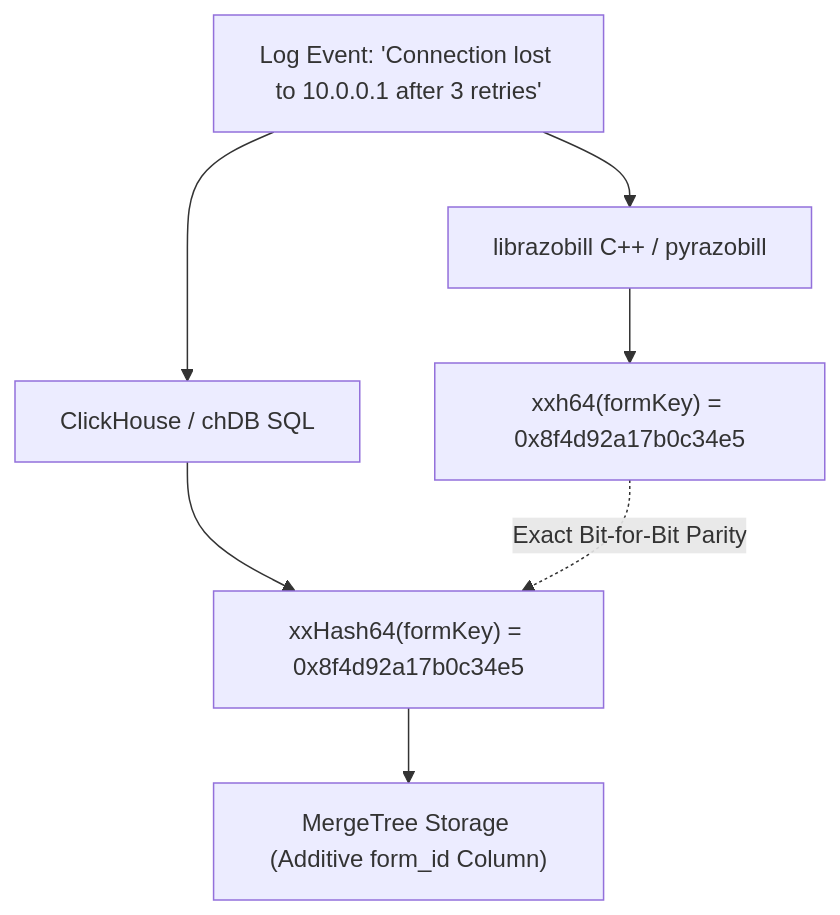
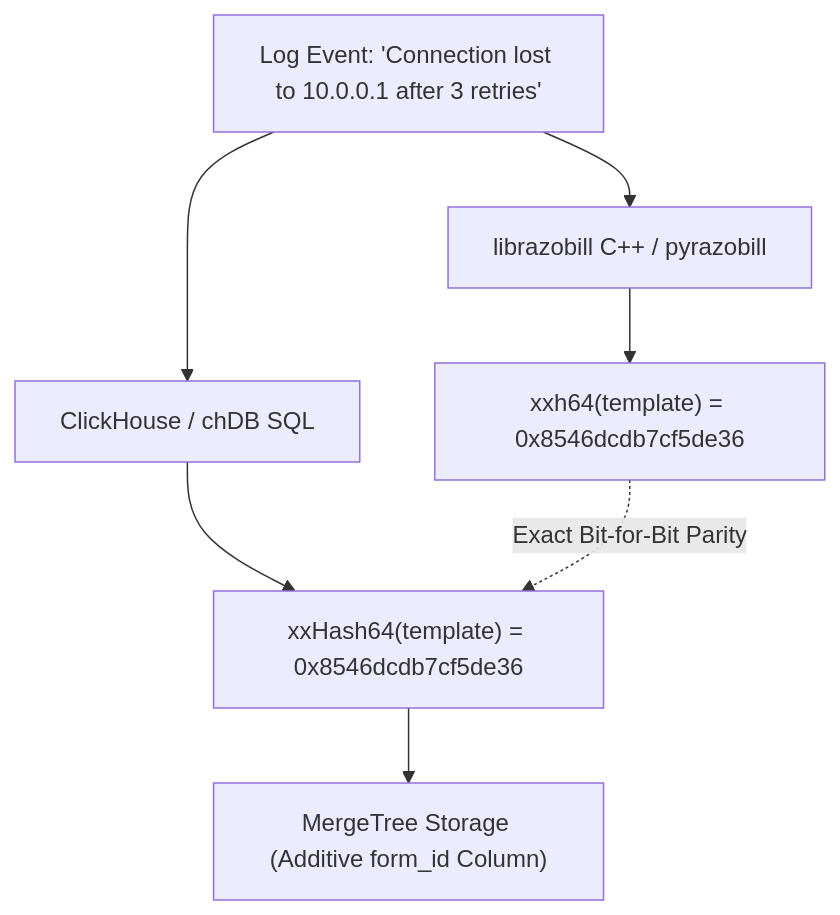
The diagram in docs/how-to/chdb.md (4t1a/razobill), drawn with Mermaid before and after one commit. The commit also changed other lines of this file and 11 other files, not shown here.

````diff
--- a/docs/how-to/chdb.md
+++ b/docs/how-to/chdb.md
@@ -28,10 +28,10 @@
 ```mermaid
 flowchart TD
     Raw["Log Event: 'Connection lost to 10.0.0.1 after 3 retries'"]
     Raw --> Core["librazobill C++ / pyrazobill"]
     Raw --> CHSQL["ClickHouse / chDB SQL"]
-    Core --> CoreHash["xxh64(formKey) = 0x8f4d92a17b0c34e5"]
-    CHSQL --> CHHash["xxHash64(formKey) = 0x8f4d92a17b0c34e5"]
+    Core --> CoreHash["xxh64(template) = 0x8546dcdb7cf5de36"]
+    CHSQL --> CHHash["xxHash64(template) = 0x8546dcdb7cf5de36"]
     CoreHash -. Exact Bit-for-Bit Parity .-> CHHash
     CHHash --> MT["MergeTree Storage (Additive form_id Column)"]
 ```
````
